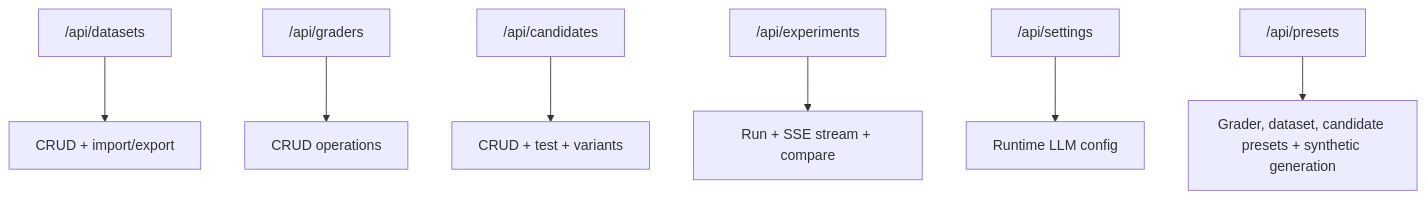
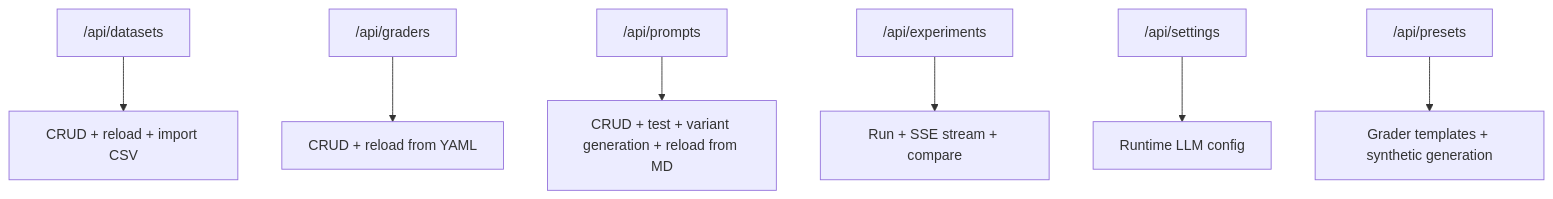
One commit to jddunn/full-stack-eval-harness changed the sixth of 6 diagrams in ARCHITECTURE.md. Above: the diagram before and after it, drawn with Mermaid. The commit also changed other lines of this file and 4 other files, not shown here.

First line of the commit message:
docs: update README, architecture docs, about page, and env example

````diff
--- a/ARCHITECTURE.md
+++ b/ARCHITECTURE.md
@@ -241,9 +284,9 @@
 ```mermaid
 graph TD
-    A["/api/datasets"] --> B[CRUD + import/export]
-    C["/api/graders"] --> D[CRUD operations]
-    K["/api/candidates"] --> L[CRUD + test + variants]
+    A["/api/datasets"] --> B[CRUD + reload + import CSV]
+    C["/api/graders"] --> D[CRUD + reload from YAML]
+    K["/api/prompts"] --> L[CRUD + test + variant generation + reload from MD]
     E["/api/experiments"] --> F[Run + SSE stream + compare]
     G["/api/settings"] --> H[Runtime LLM config]
-    I["/api/presets"] --> J[Grader, dataset, candidate presets + synthetic generation]
+    I["/api/presets"] --> J[Grader templates + synthetic generation]
 ```
````
